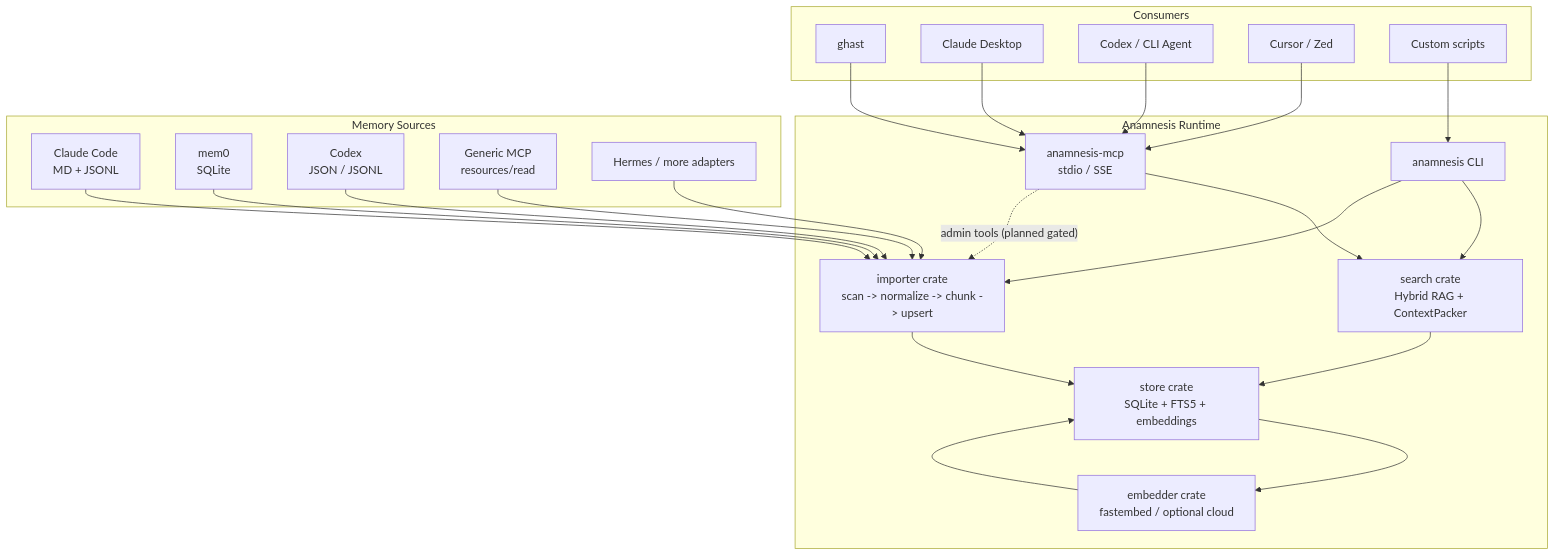
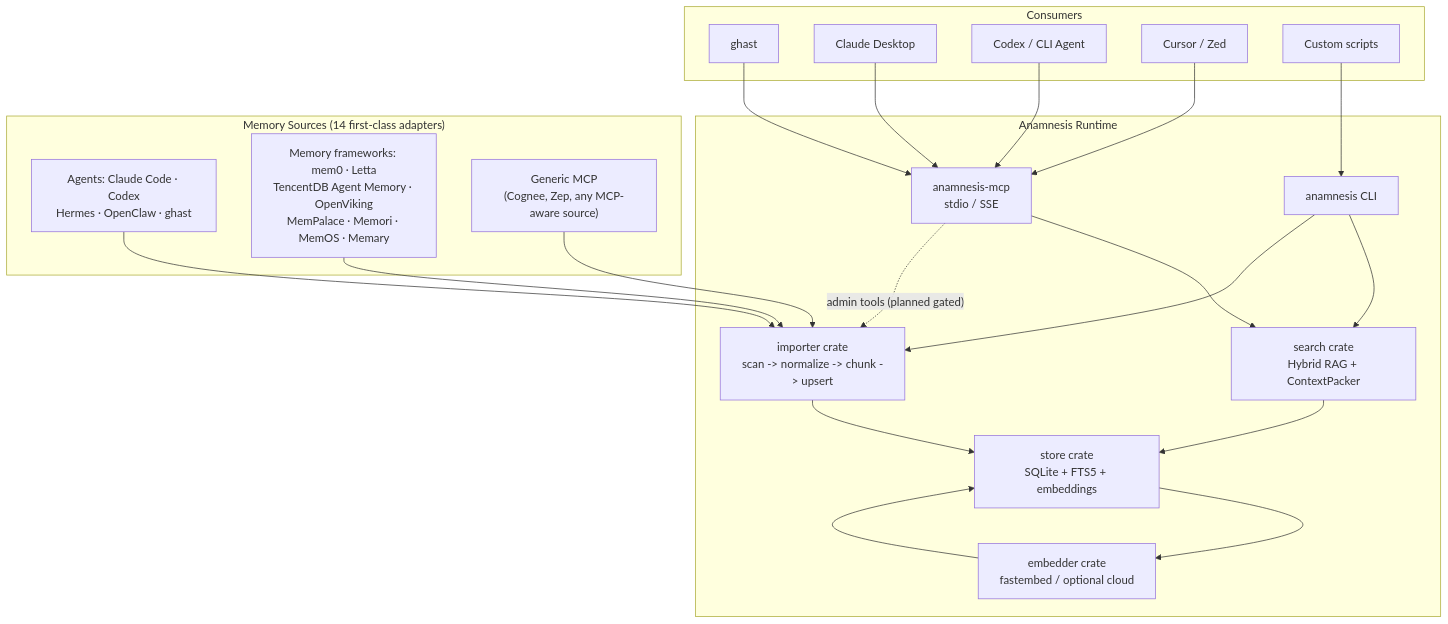
Before and after one commit to Trapezohe/Anamnesis: the first of 5 diagrams in README.md, drawn with Mermaid. The commit also changed other lines of this file and 1 other file, not shown here.

````diff
--- a/README.md
+++ b/README.md
@@ -101,49 +124,45 @@
 ```mermaid
 flowchart TB
   subgraph Consumers["Consumers"]
     Ghast["ghast"]
     ClaudeDesktop["Claude Desktop"]
     CodexClient["Codex / CLI Agent"]
     Cursor["Cursor / Zed"]
     Scripts["Custom scripts"]
   end
 
   subgraph Runtime["Anamnesis Runtime"]
     CLI["anamnesis CLI"]
     MCP["anamnesis-mcp<br/>stdio / SSE"]
     Search["search crate<br/>Hybrid RAG + ContextPacker"]
     Importer["importer crate<br/>scan -> normalize -> chunk -> upsert"]
     Store["store crate<br/>SQLite + FTS5 + embeddings"]
     Embedder["embedder crate<br/>fastembed / optional cloud"]
   end
 
-  subgraph Sources["Memory Sources"]
-    ClaudeCode["Claude Code<br/>MD + JSONL"]
-    Mem0["mem0<br/>SQLite"]
-    Codex["Codex<br/>JSON / JSONL"]
-    GenericMCP["Generic MCP<br/>resources/read"]
-    Future["Hermes / more adapters"]
+  subgraph Sources["Memory Sources (14 first-class adapters)"]
+    Agents["Agents: Claude Code · Codex<br/>Hermes · OpenClaw · ghast"]
+    MemFW["Memory frameworks: mem0 · Letta<br/>TencentDB Agent Memory · OpenViking<br/>MemPalace · Memori · MemOS · Memary"]
+    GenericMCP["Generic MCP<br/>(Cognee, Zep, any MCP-aware source)"]
   end
 
   Ghast --> MCP
   ClaudeDesktop --> MCP
   CodexClient --> MCP
   Cursor --> MCP
   Scripts --> CLI
 
   MCP --> Search
   CLI --> Search
   CLI --> Importer
   MCP -. "admin tools (planned gated)" .-> Importer
 
   Importer --> Store
   Search --> Store
   Store --> Embedder
   Embedder --> Store
 
-  ClaudeCode --> Importer
-  Mem0 --> Importer
-  Codex --> Importer
+  Agents --> Importer
+  MemFW --> Importer
   GenericMCP --> Importer
-  Future --> Importer
 ```
````
